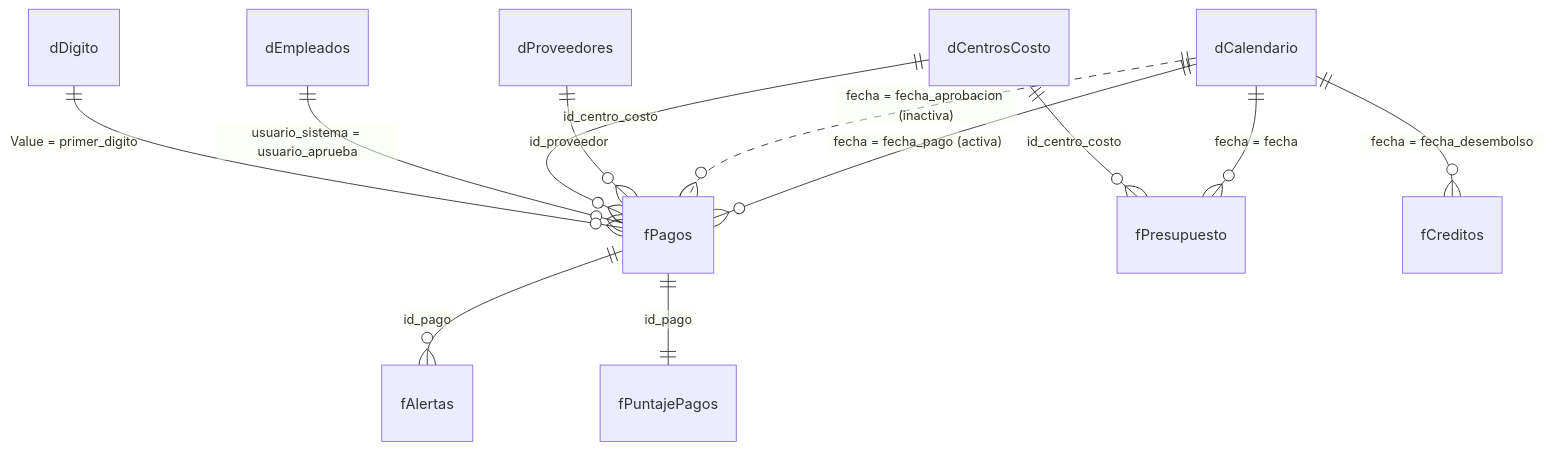
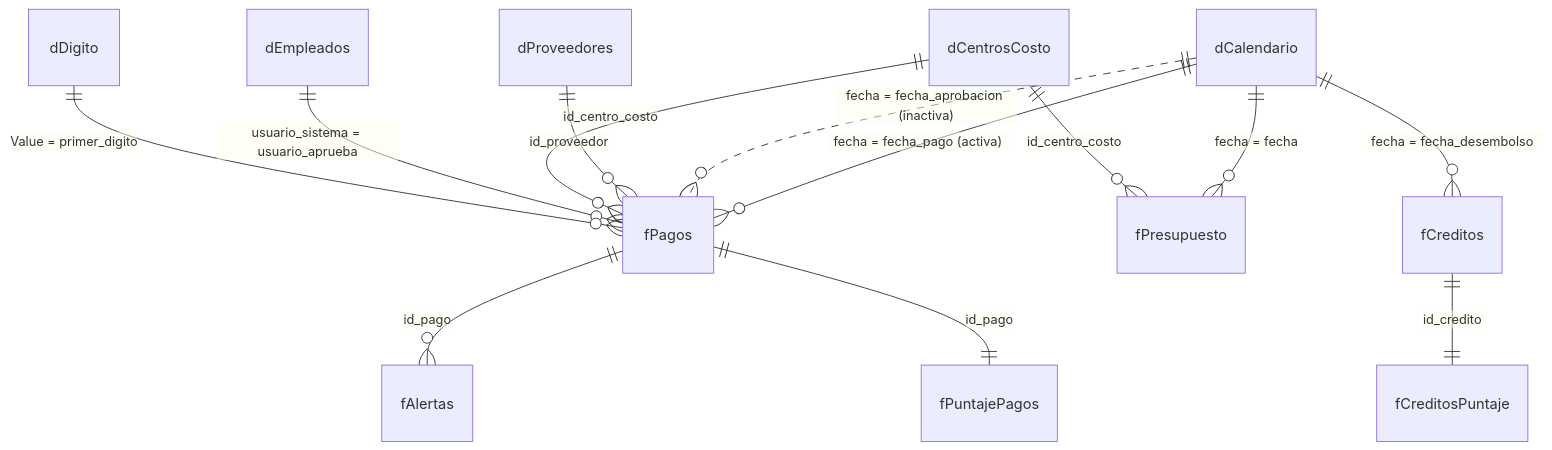
The diagram in practicas-powerbi/02_modelo_datos/README.md (acubillosde/bi-control-organizacional-estudiantes), drawn with Mermaid before and after one commit. The commit also changed other lines of this file and 3 other files, not shown here.

Commit message:
feat(practicas-powerbi): consulta fCreditosPuntaje y medida de perdida esperada

````diff
--- a/practicas-powerbi/02_modelo_datos/README.md
+++ b/practicas-powerbi/02_modelo_datos/README.md
@@ -7,14 +7,15 @@
 ```mermaid
 erDiagram
     dCalendario ||--o{ fPagos : "fecha = fecha_pago (activa)"
     dCalendario ||..o{ fPagos : "fecha = fecha_aprobacion (inactiva)"
     dCalendario ||--o{ fPresupuesto : "fecha = fecha"
     dCalendario ||--o{ fCreditos : "fecha = fecha_desembolso"
     dProveedores ||--o{ fPagos : "id_proveedor"
     dCentrosCosto ||--o{ fPagos : "id_centro_costo"
     dCentrosCosto ||--o{ fPresupuesto : "id_centro_costo"
     dEmpleados ||--o{ fPagos : "usuario_sistema = usuario_aprueba"
     dDigito ||--o{ fPagos : "Value = primer_digito"
     fPagos ||--o{ fAlertas : "id_pago"
     fPagos ||--|| fPuntajePagos : "id_pago"
+    fCreditos ||--|| fCreditosPuntaje : "id_credito"
 ```
````
